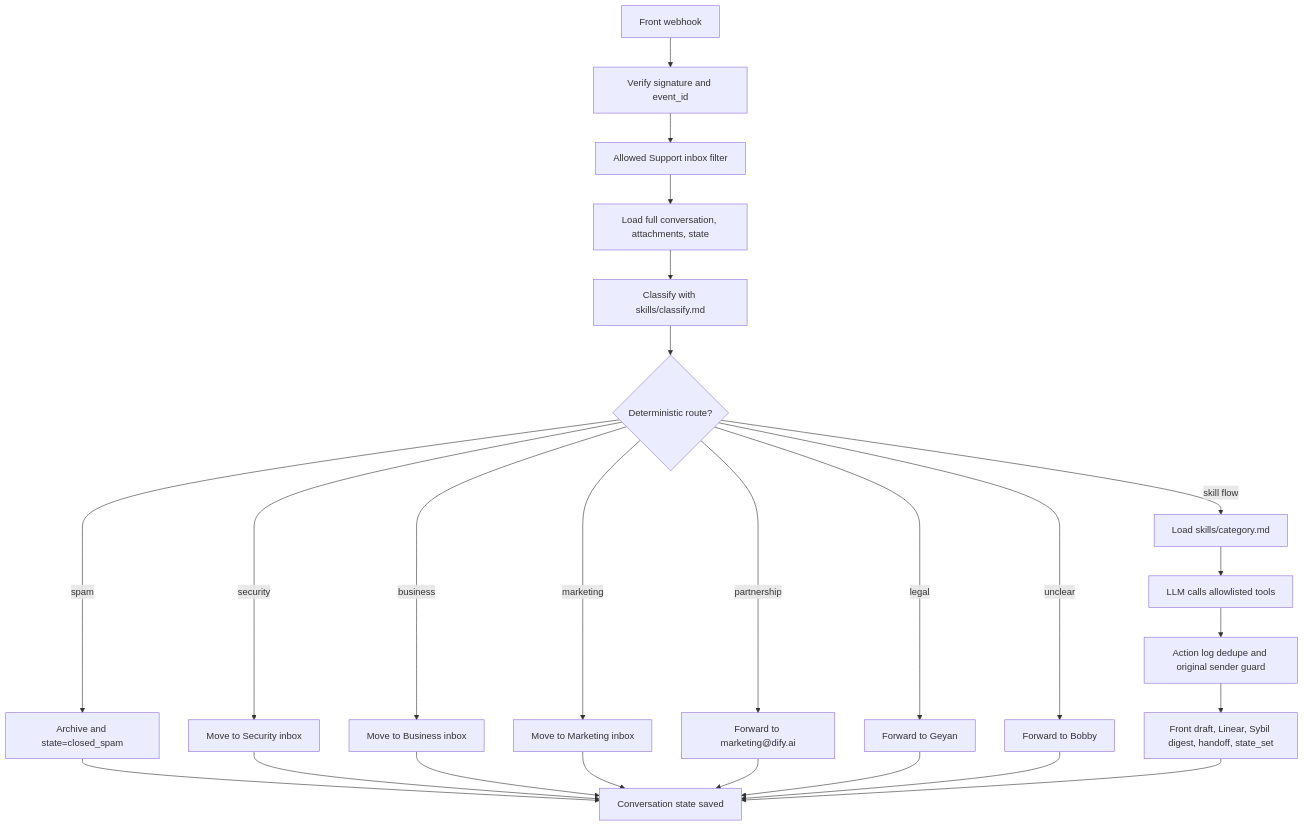
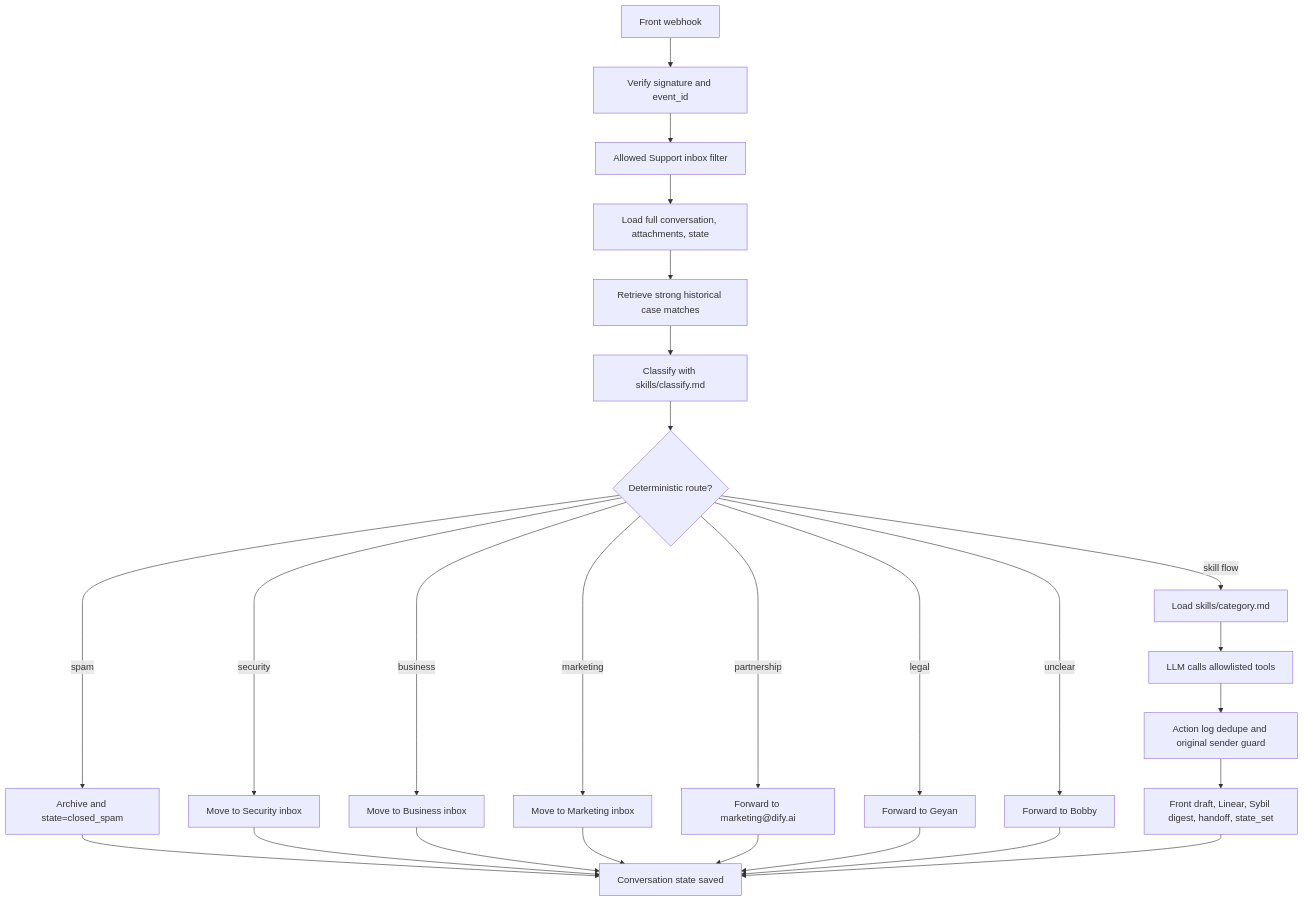
One commit to Gmasterzhangxinyang/Front-Agent changed the diagram in README.md. Above: the diagram before and after it, drawn with Mermaid. The commit also changed other lines of this file and 27 other files, not shown here.

````diff
--- a/README.md
+++ b/README.md
@@ -22,27 +23,28 @@
 ```mermaid
 flowchart TD
     A[Front webhook] --> B[Verify signature and event_id]
     B --> C[Allowed Support inbox filter]
     C --> D[Load full conversation, attachments, state]
-    D --> E[Classify with skills/classify.md]
+    D --> CM[Retrieve strong historical case matches]
+    CM --> E[Classify with skills/classify.md]
     E --> F{Deterministic route?}
     F -->|spam| G[Archive and state=closed_spam]
     F -->|security| H[Move to Security inbox]
     F -->|business| I[Move to Business inbox]
     F -->|marketing| J[Move to Marketing inbox]
     F -->|partnership| K[Forward to marketing@dify.ai]
     F -->|legal| L[Forward to Geyan]
     F -->|unclear| M[Forward to Bobby]
     F -->|skill flow| N[Load skills/category.md]
     N --> O[LLM calls allowlisted tools]
     O --> P[Action log dedupe and original sender guard]
     P --> Q[Front draft, Linear, Sybil digest, handoff, state_set]
     G --> R[Conversation state saved]
     H --> R
     I --> R
     J --> R
     K --> R
     L --> R
     M --> R
     Q --> R
 ```
````
